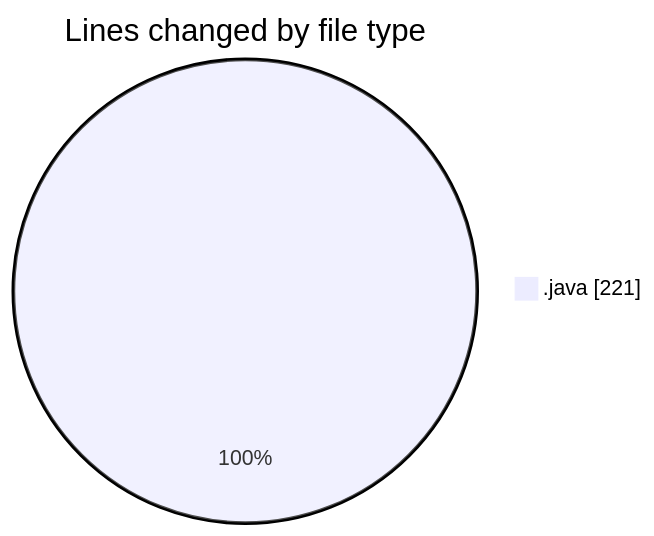
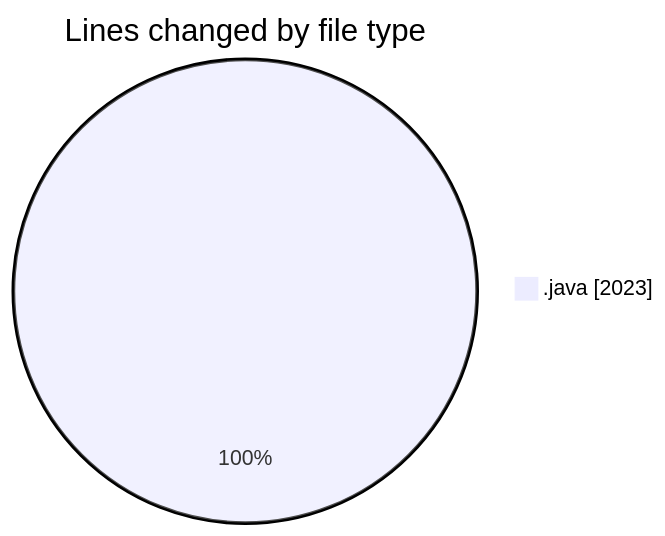
The first of 2 diagrams in 2026-04-30/cilapp/README.md (ricardozamudiocil/code-tracking), drawn with Mermaid before and after one commit. The commit also changed other lines of this file and 1 other file, not shown here.

````diff
--- a/2026-04-30/cilapp/README.md
+++ b/2026-04-30/cilapp/README.md
@@ -22,5 +24,5 @@
 ```mermaid
 pie showData
 title Lines changed by file type
-".java" : 221
+".java" : 2023
 ```
````
